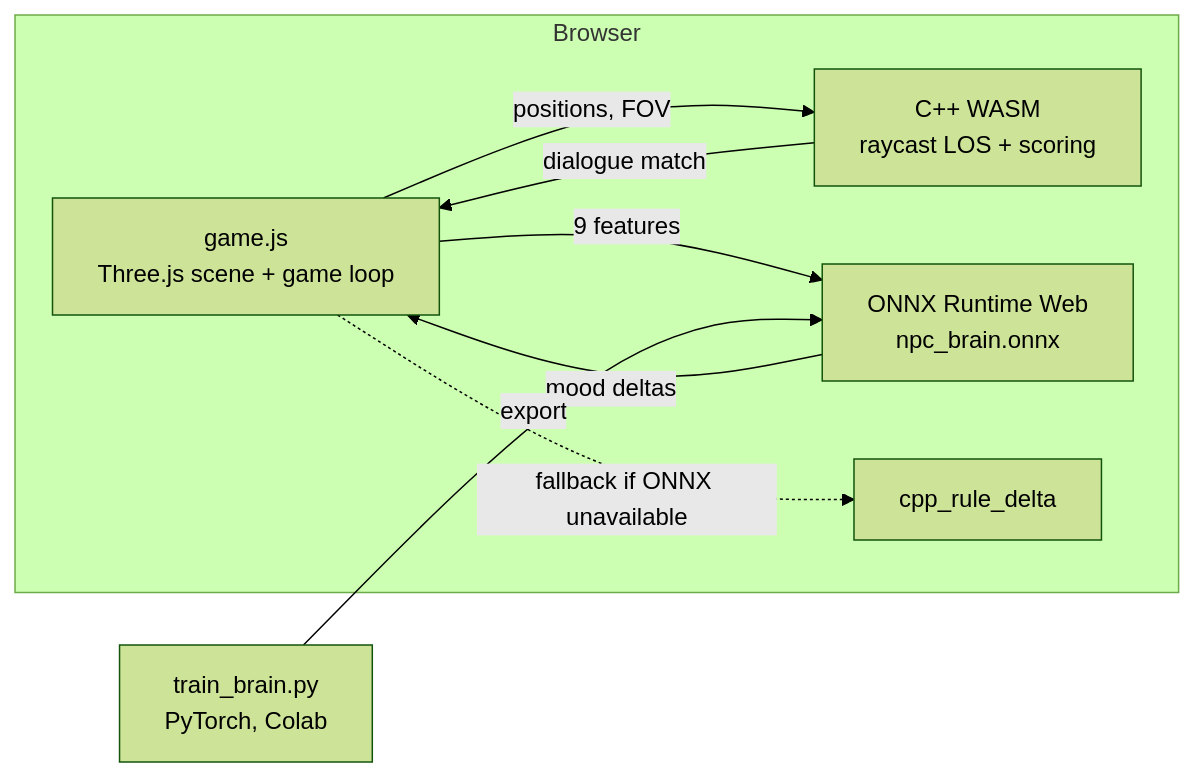
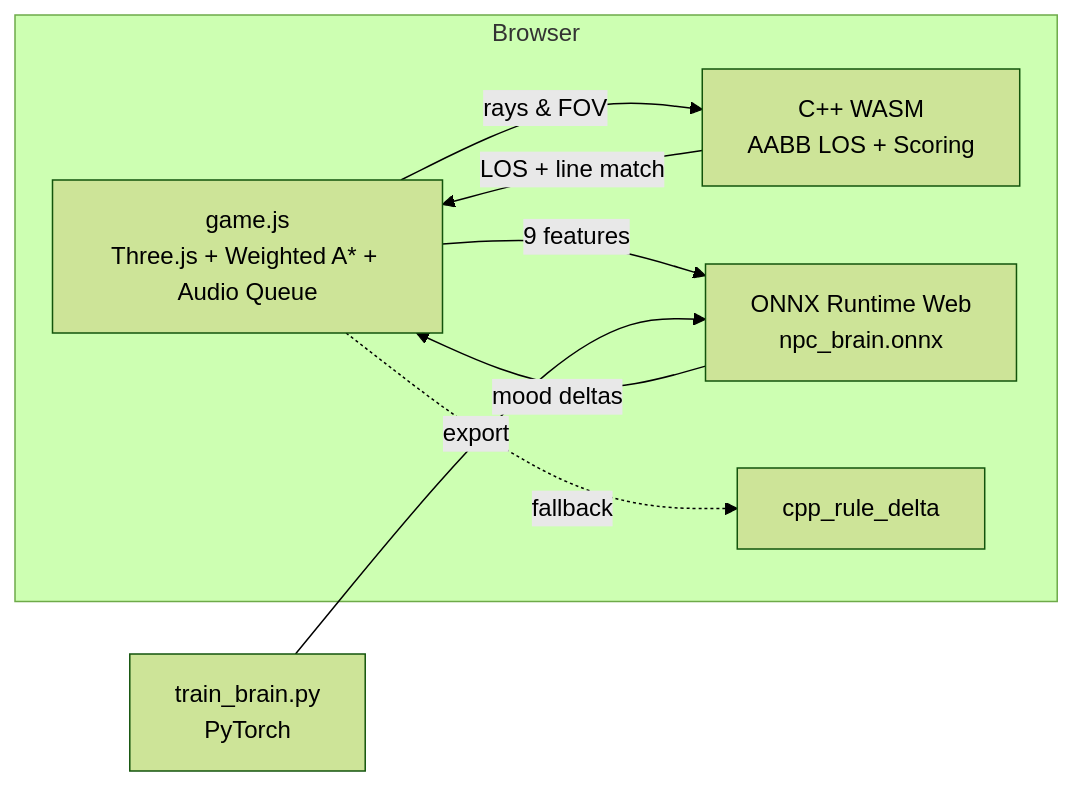
One commit to anzar-hue/The-Woods-House changed the diagram in README.md. Above: the diagram before and after it, drawn with Mermaid (forest theme). The commit also changed other lines of this file and 17 other files, not shown here.

````diff
--- a/README.md
+++ b/README.md
@@ -47,11 +30,11 @@
 ```mermaid
 flowchart LR
     subgraph Browser
-      A[game.js<br/>Three.js scene + game loop] -->|positions, FOV| B[C++ WASM<br/>raycast LOS + scoring]
+      A[game.js<br/>Three.js + Weighted A* + Audio Queue] -->|rays & FOV| B[C++ WASM<br/>AABB LOS + Scoring]
       A -->|9 features| C[ONNX Runtime Web<br/>npc_brain.onnx]
-      B -->|dialogue match| A
+      B -->|LOS + line match| A
       C -->|mood deltas| A
-      A -.->|fallback if ONNX unavailable| D[cpp_rule_delta]
+      A -.->|fallback| D[cpp_rule_delta]
     end
-    E[train_brain.py<br/>PyTorch, Colab] -->|export| C
+    E[train_brain.py<br/>PyTorch] -->|export| C
 ```
````
